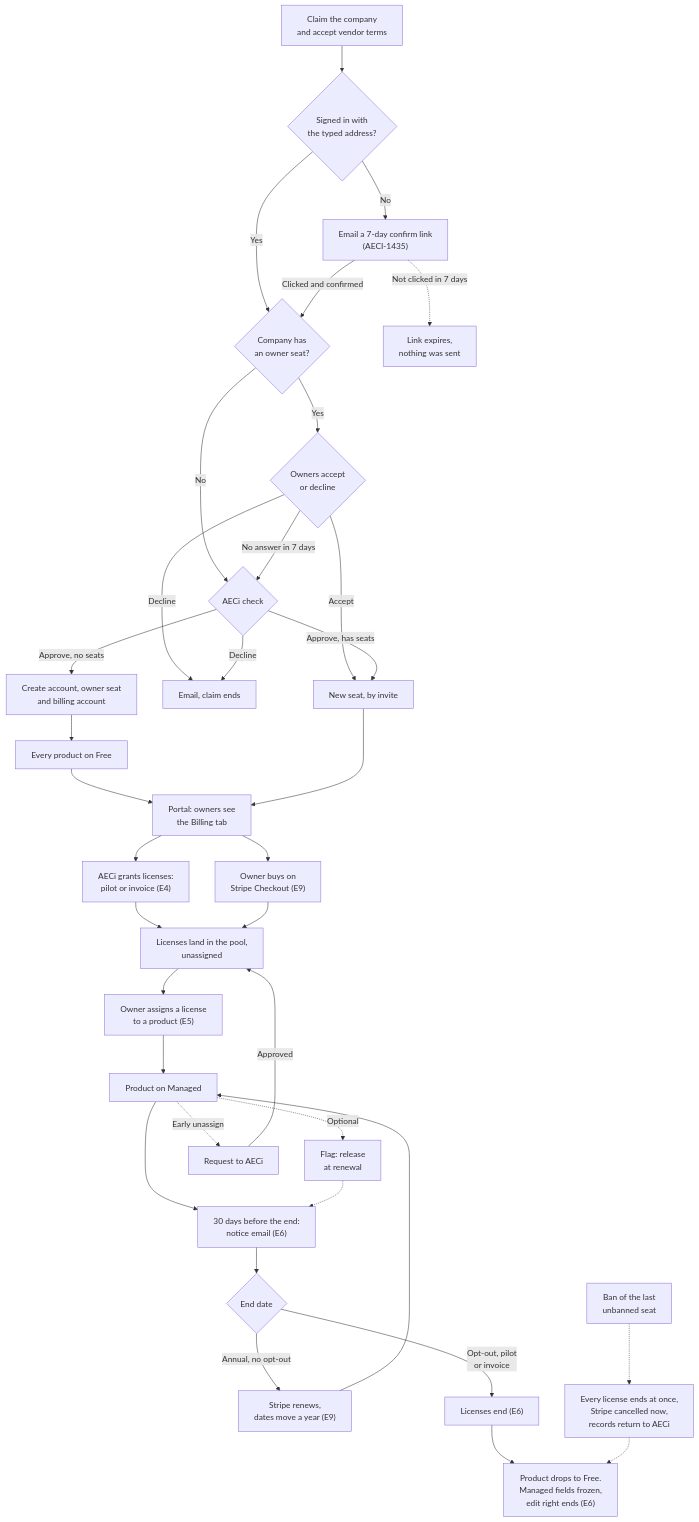
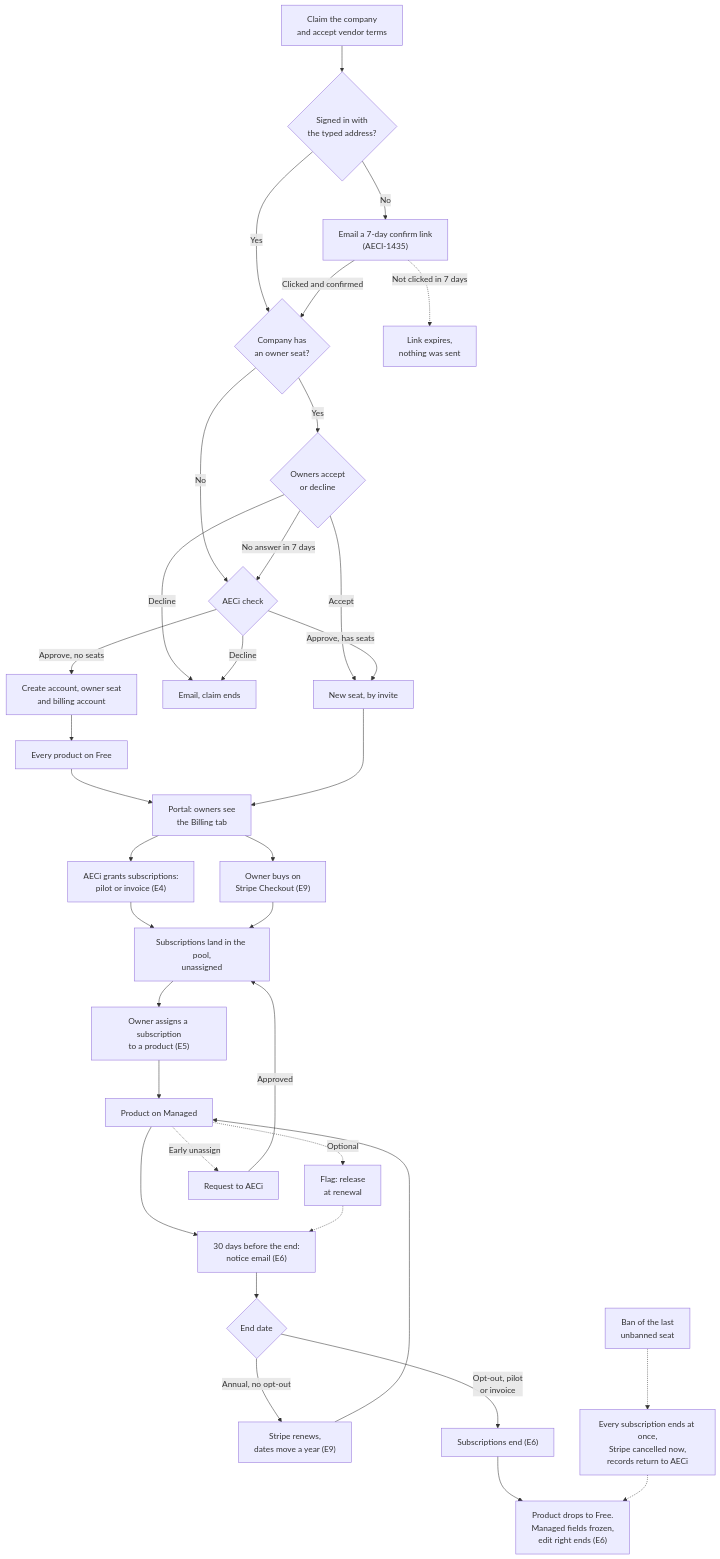
The diagram in docs/VENDOR_SIGNUP_PROCESS.md (the-wbs-project/aec-integrations), drawn with Mermaid before and after one commit. The commit also changed other lines of this file and 31 other files, not shown here.

Commit message:
AECI-1609: say subscription in specs, contracts, schema and root docs; add the glossary line

````diff
--- a/docs/VENDOR_SIGNUP_PROCESS.md
+++ b/docs/VENDOR_SIGNUP_PROCESS.md
@@ -232,39 +232,39 @@
 ```mermaid
 flowchart TD
     claim["Claim the company<br/>and accept vendor terms"] --> signedIn{"Signed in with<br/>the typed address?"}
     signedIn -->|Yes| hasSeats{"Company has<br/>an owner seat?"}
     signedIn -->|No| confirmLink["Email a 7-day confirm link<br/>(AECI-1435)"]
     confirmLink -->|"Clicked and confirmed"| hasSeats
     confirmLink -.->|"Not clicked in 7 days"| expired["Link expires,<br/>nothing was sent"]
     hasSeats -->|No| check{"AECi check"}
     hasSeats -->|Yes| owners{"Owners accept<br/>or decline"}
     owners -->|Accept| seat["New seat, by invite"]
     owners -->|Decline| declined["Email, claim ends"]
     owners -->|"No answer in 7 days"| check
     check -->|Decline| declined
     check -->|"Approve, no seats"| create["Create account, owner seat<br/>and billing account"]
     check -->|"Approve, has seats"| seat
     create --> free["Every product on Free"]
     free --> portal["Portal: owners see<br/>the Billing tab"]
     seat --> portal
-    portal --> grant["AECi grants licenses:<br/>pilot or invoice (E4)"]
+    portal --> grant["AECi grants subscriptions:<br/>pilot or invoice (E4)"]
     portal --> buy["Owner buys on<br/>Stripe Checkout (E9)"]
-    grant --> pool["Licenses land in the pool,<br/>unassigned"]
+    grant --> pool["Subscriptions land in the pool,<br/>unassigned"]
     buy --> pool
-    pool --> assign["Owner assigns a license<br/>to a product (E5)"]
+    pool --> assign["Owner assigns a subscription<br/>to a product (E5)"]
     assign --> managed["Product on Managed"]
     managed -.->|Optional| release["Flag: release<br/>at renewal"]
     managed -.->|"Early unassign"| request["Request to AECi"]
     request -->|Approved| pool
     managed --> notice["30 days before the end:<br/>notice email (E6)"]
     release -.-> notice
     notice --> endDate{"End date"}
     endDate -->|"Annual, no opt-out"| renew["Stripe renews,<br/>dates move a year (E9)"]
     renew --> managed
-    endDate -->|"Opt-out, pilot<br/>or invoice"| lapse["Licenses end (E6)"]
+    endDate -->|"Opt-out, pilot<br/>or invoice"| lapse["Subscriptions end (E6)"]
     lapse --> handBack["Product drops to Free.<br/>Managed fields frozen,<br/>edit right ends (E6)"]
-    ban["Ban of the last<br/>unbanned seat"] -.-> banEnd["Every license ends at once,<br/>Stripe cancelled now,<br/>records return to AECi"]
+    ban["Ban of the last<br/>unbanned seat"] -.-> banEnd["Every subscription ends at once,<br/>Stripe cancelled now,<br/>records return to AECi"]
     banEnd -.-> handBack
 
     classDef notBuilt stroke-dasharray: 5 5
 ```
````
